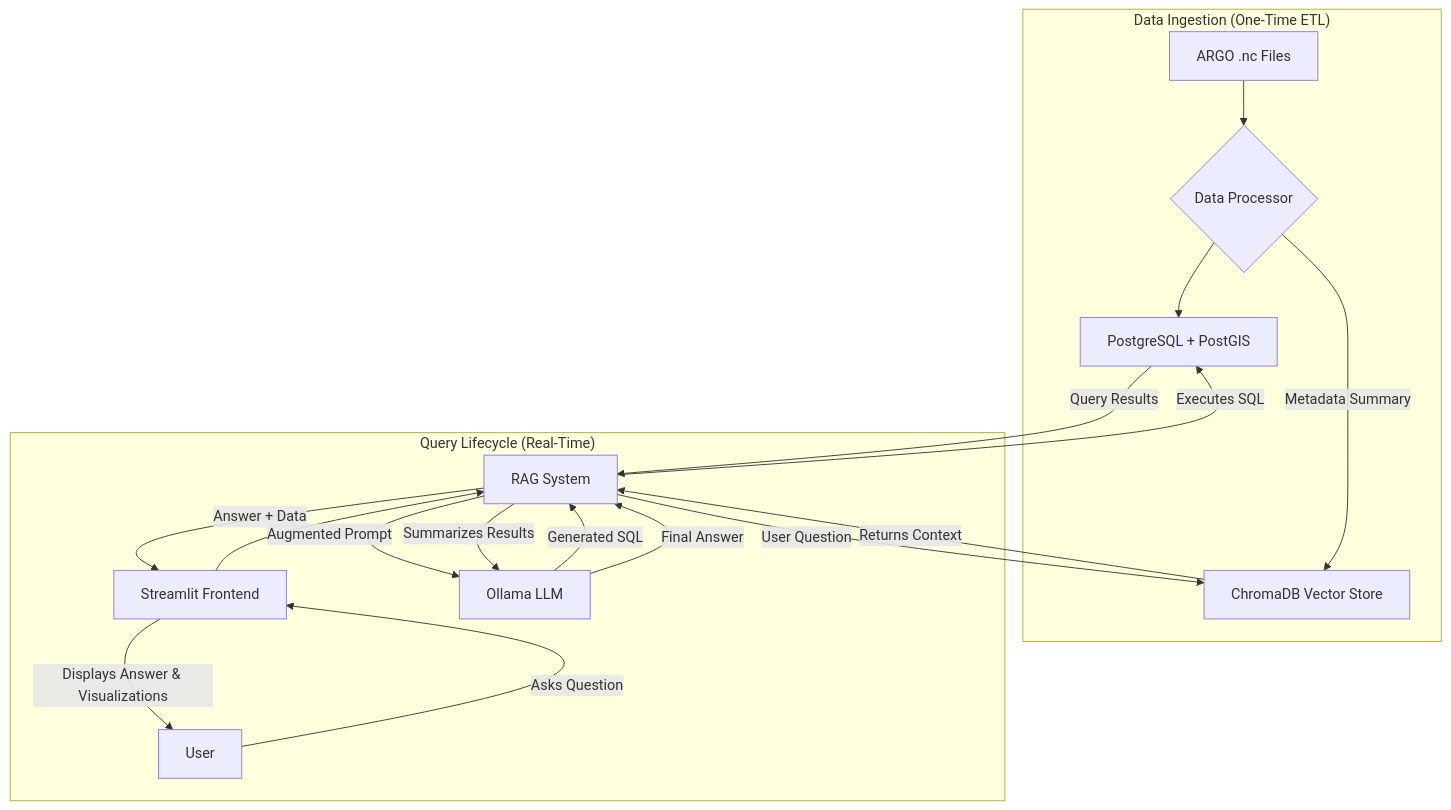
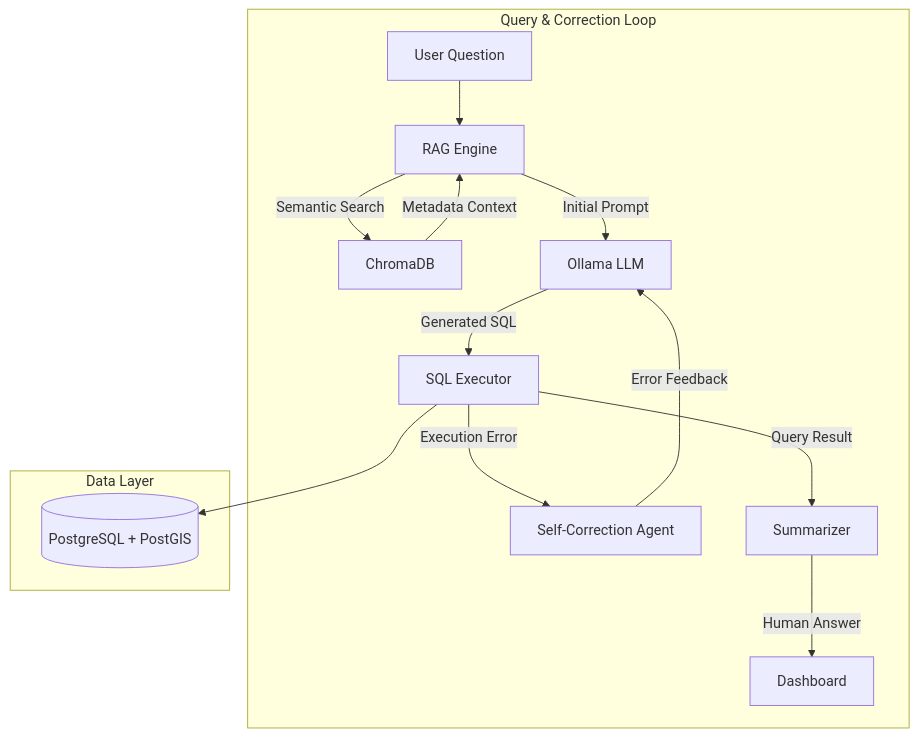
One commit to anni-2004/ConversationalAI_on_ArgoFloats changed the diagram in README.md. Above: the diagram before and after it, drawn with Mermaid. The commit also changed other lines of this file and 60 other files, not shown here.

````diff
--- a/README.md
+++ b/README.md
@@ -42,23 +37,18 @@
 ```mermaid
 graph TD
-    subgraph "Data Ingestion (One-Time ETL)"
-        A[ARGO .nc Files] --> B{Data Processor};
-        B --> C[PostgreSQL + PostGIS];
-        B --> |Metadata Summary| D[ChromaDB Vector Store];
+    subgraph "Query & Correction Loop"
+        U[User Question] --> R[RAG Engine]
+        R --> |Semantic Search| C[ChromaDB]
+        C --> |Metadata Context| R
+        R --> |Initial Prompt| L[Ollama LLM]
+        L --> |Generated SQL| E[SQL Executor]
+        E --> |Execution Error| SC[Self-Correction Agent]
+        SC --> |Error Feedback| L
+        E --> |Query Result| S[Summarizer]
+        S --> |Human Answer| D[Dashboard]
     end
-
-    subgraph "Query Lifecycle (Real-Time)"
-        U[User] --> |Asks Question| F[Streamlit Frontend];
-        F --> G[RAG System];
-        G --> |User Question| D;
-        D --> |Returns Context| G;
-        G --> |Augmented Prompt| H[Ollama LLM];
-        H --> |Generated SQL| G;
-        G --> |Executes SQL| C;
-        C --> |Query Results| G;
-        G --> |Summarizes Results| H;
-        H --> |Final Answer| G;
-        G --> |Answer + Data| F;
-        F --> |Displays Answer & Visualizations| U;
+    
+    subgraph "Data Layer"
+        E --> DB[(PostgreSQL + PostGIS)]
     end
 ```
````
